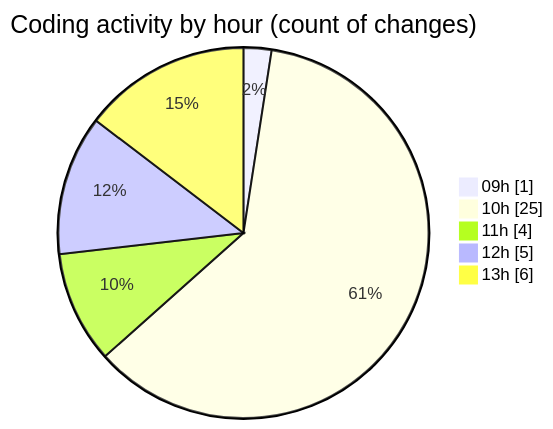
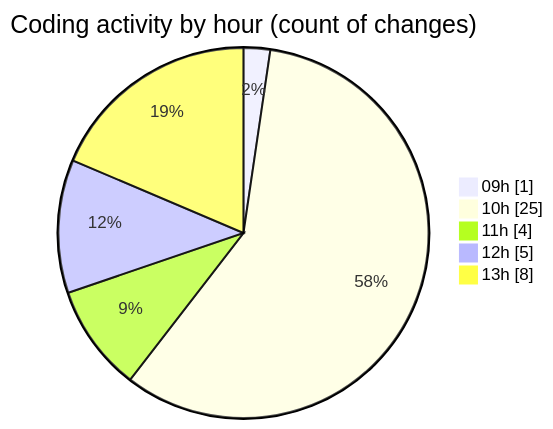
One commit to julien-gomy/code-tracking changed the second of 2 diagrams in 2025-11-17/eventscop-frontend-guide__workspace_/README.md. Above: the diagram before and after it, drawn with Mermaid. The commit also changed other lines of this file and 1 other file, not shown here.

````diff
--- a/2025-11-17/eventscop-frontend-guide__workspace_/README.md
+++ b/2025-11-17/eventscop-frontend-guide__workspace_/README.md
@@ -46,9 +46,9 @@
 ```mermaid
 pie showData
 title Coding activity by hour (count of changes)
 "09h" : 1
 "10h" : 25
 "11h" : 4
 "12h" : 5
-"13h" : 6
+"13h" : 8
 ```
````
